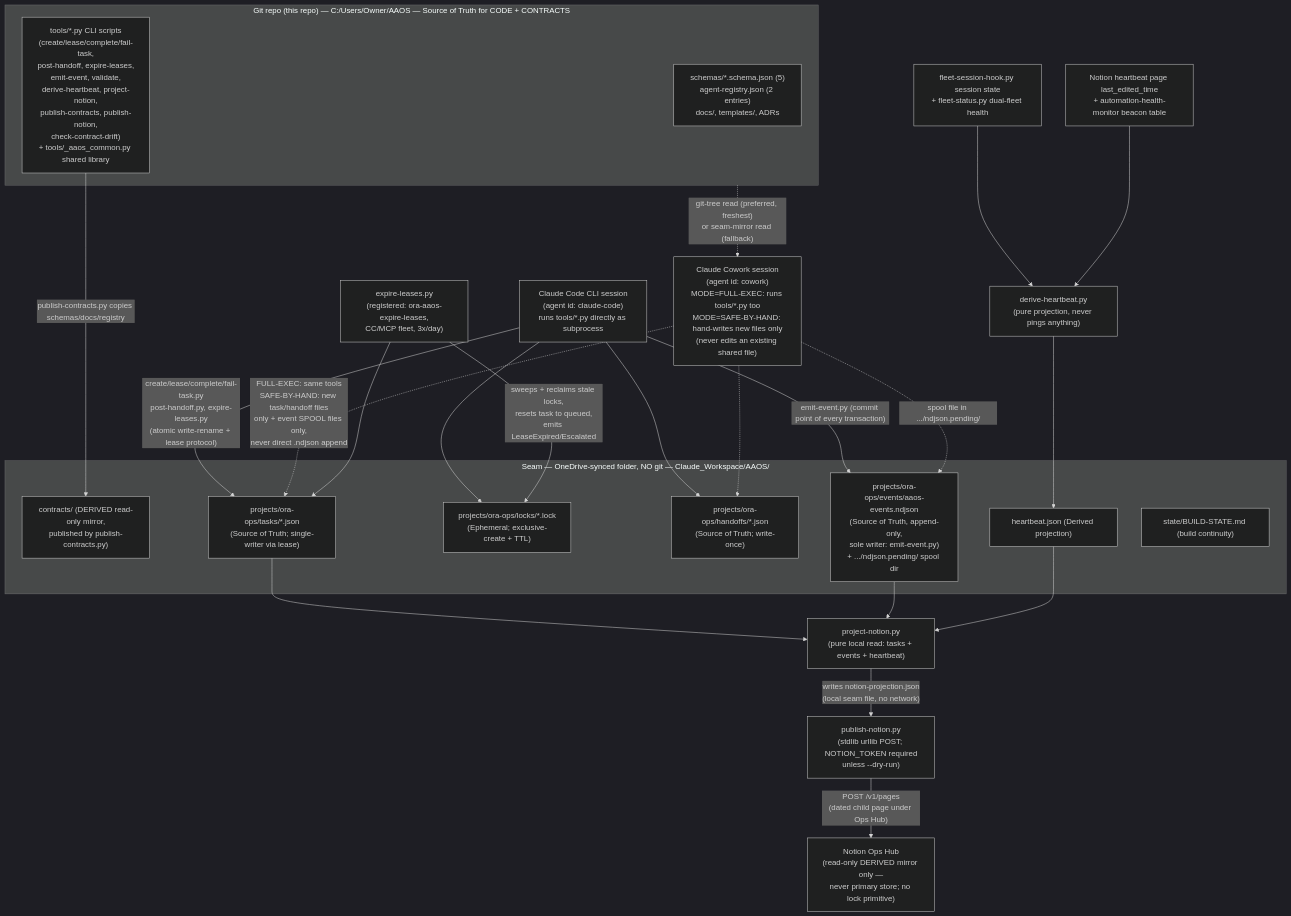
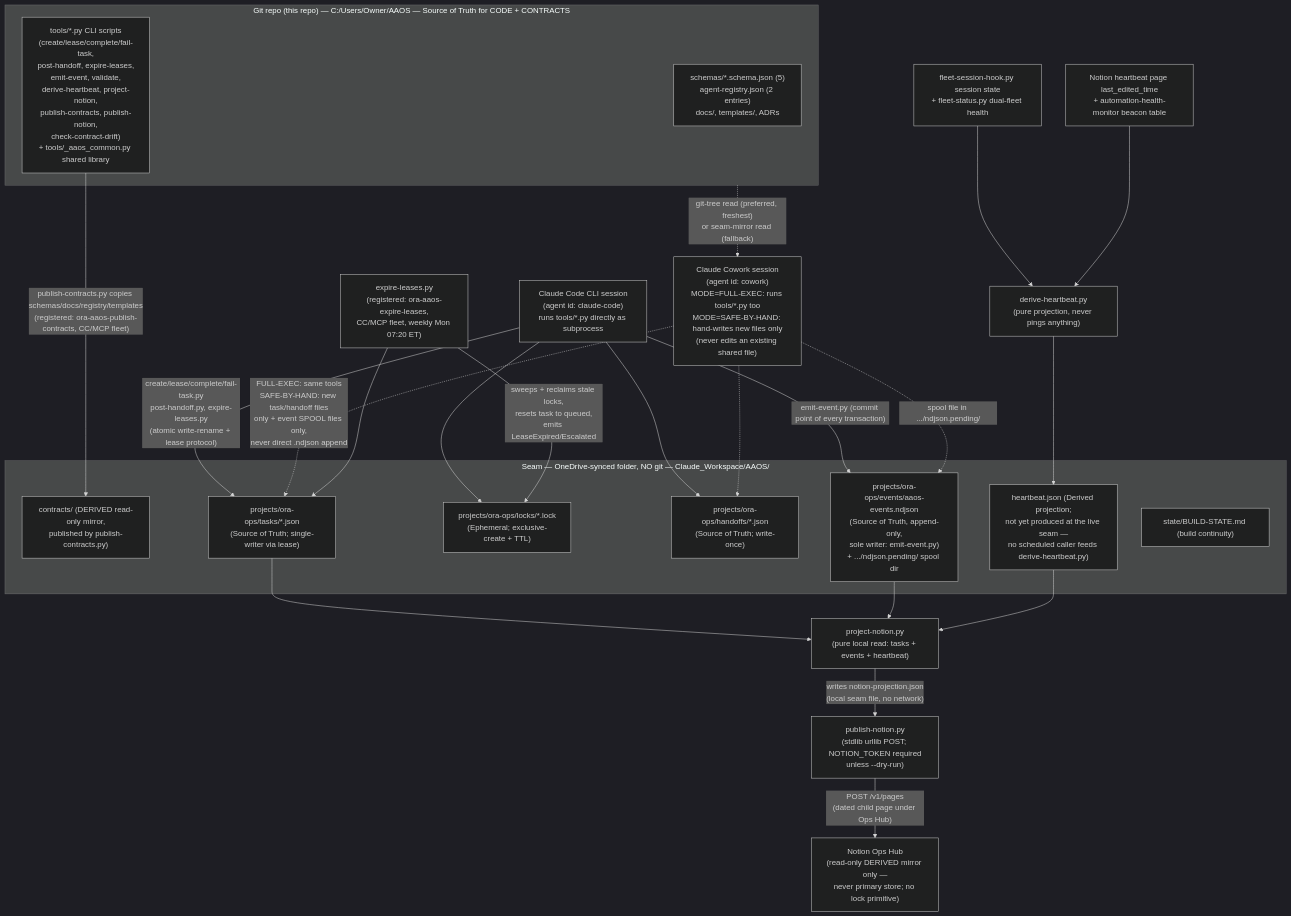
The diagram in README.md (ZeOoba/AAOS), drawn with Mermaid (dark theme) before and after one commit. The commit also changed other lines of this file, not shown here.

````diff
--- a/README.md
+++ b/README.md
@@ -9,48 +9,48 @@
 ```mermaid
 flowchart TB
     subgraph GIT["Git repo (this repo) — C:/Users/Owner/AAOS — Source of Truth for CODE + CONTRACTS"]
         SCHEMAS["schemas/*.schema.json (5)\nagent-registry.json (2 entries)\ndocs/, templates/, ADRs"]
         TOOLS["tools/*.py CLI scripts\n(create/lease/complete/fail-task,\npost-handoff, expire-leases,\nemit-event, validate,\nderive-heartbeat, project-notion,\npublish-contracts, publish-notion,\ncheck-contract-drift)\n+ tools/_aaos_common.py shared library"]
     end
 
     subgraph SEAM["Seam — OneDrive-synced folder, NO git — Claude_Workspace/AAOS/"]
         CONTRACTS["contracts/ (DERIVED read-only mirror,\npublished by publish-contracts.py)"]
         TASKS["projects/ora-ops/tasks/*.json\n(Source of Truth; single-writer via lease)"]
         LOCKS["projects/ora-ops/locks/*.lock\n(Ephemeral; exclusive-create + TTL)"]
         HANDOFFS["projects/ora-ops/handoffs/*.json\n(Source of Truth; write-once)"]
         EVENTS["projects/ora-ops/events/aaos-events.ndjson\n(Source of Truth, append-only,\nsole writer: emit-event.py)\n+ .../ndjson.pending/ spool dir"]
-        HEARTBEAT["heartbeat.json (Derived projection)"]
+        HEARTBEAT["heartbeat.json (Derived projection;\nnot yet produced at the live seam —\nno scheduled caller feeds derive-heartbeat.py)"]
         BUILDSTATE["state/BUILD-STATE.md (build continuity)"]
     end
 
     CODE["Claude Code CLI session\n(agent id: claude-code)\nruns tools/*.py directly as subprocess"]
     COWORK["Claude Cowork session\n(agent id: cowork)\nMODE=FULL-EXEC: runs tools/*.py too\nMODE=SAFE-BY-HAND: hand-writes new files only\n(never edits an existing shared file)"]
 
     UPSTREAM_CODE["fleet-session-hook.py session state\n+ fleet-status.py dual-fleet health"]
     UPSTREAM_COWORK["Notion heartbeat page last_edited_time\n+ automation-health-monitor beacon table"]
     NOTION["Notion Ops Hub\n(read-only DERIVED mirror only —\nnever primary store; no lock primitive)"]
 
-    TOOLS -- "publish-contracts.py copies schemas/docs/registry" --> CONTRACTS
+    TOOLS -- "publish-contracts.py copies schemas/docs/registry/templates\n(registered: ora-aaos-publish-contracts, CC/MCP fleet)" --> CONTRACTS
     GIT -. "git-tree read (preferred, freshest)\nor seam-mirror read (fallback)" .-> COWORK
 
     CODE -- "create/lease/complete/fail-task.py\npost-handoff.py, expire-leases.py\n(atomic write-rename + lease protocol)" --> TASKS
     CODE --> LOCKS
     CODE --> HANDOFFS
     CODE -- "emit-event.py (commit point of every transaction)" --> EVENTS
     COWORK -. "FULL-EXEC: same tools\nSAFE-BY-HAND: new task/handoff files\nonly + event SPOOL files only,\nnever direct .ndjson append" .-> TASKS
     COWORK -.-> HANDOFFS
     COWORK -. "spool file in .../ndjson.pending/" .-> EVENTS
 
     UPSTREAM_CODE --> DH["derive-heartbeat.py\n(pure projection, never pings anything)"]
     UPSTREAM_COWORK --> DH
     DH --> HEARTBEAT
 
     TASKS --> PN["project-notion.py\n(pure local read: tasks + events + heartbeat)"]
     EVENTS --> PN
     HEARTBEAT --> PN
     PN -- "writes notion-projection.json\n(local seam file, no network)" --> PUBLISHN["publish-notion.py\n(stdlib urllib POST; NOTION_TOKEN required\nunless --dry-run)"]
     PUBLISHN -- "POST /v1/pages\n(dated child page under Ops Hub)" --> NOTION
 
-    EXPIRE["expire-leases.py\n(registered: ora-aaos-expire-leases,\nCC/MCP fleet, 3x/day)"] -- "sweeps + reclaims stale locks,\nresets task to queued,\nemits LeaseExpired/Escalated" --> LOCKS
+    EXPIRE["expire-leases.py\n(registered: ora-aaos-expire-leases,\nCC/MCP fleet, weekly Mon 07:20 ET)"] -- "sweeps + reclaims stale locks,\nresets task to queued,\nemits LeaseExpired/Escalated" --> LOCKS
     EXPIRE --> TASKS
 ```
````
